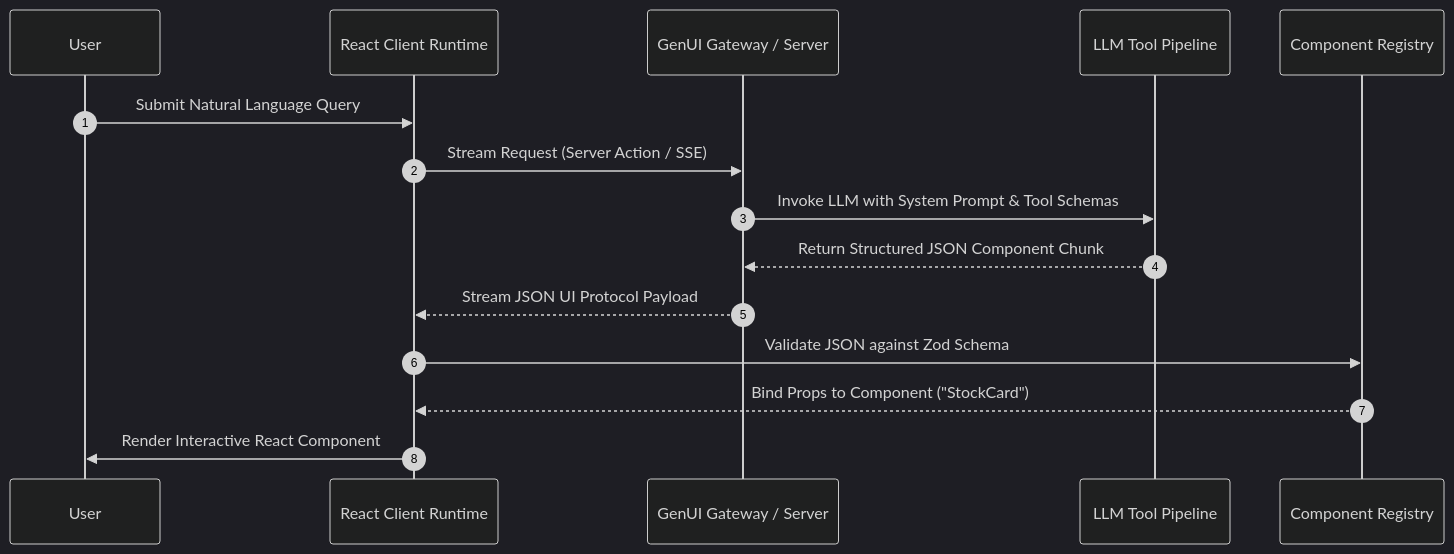
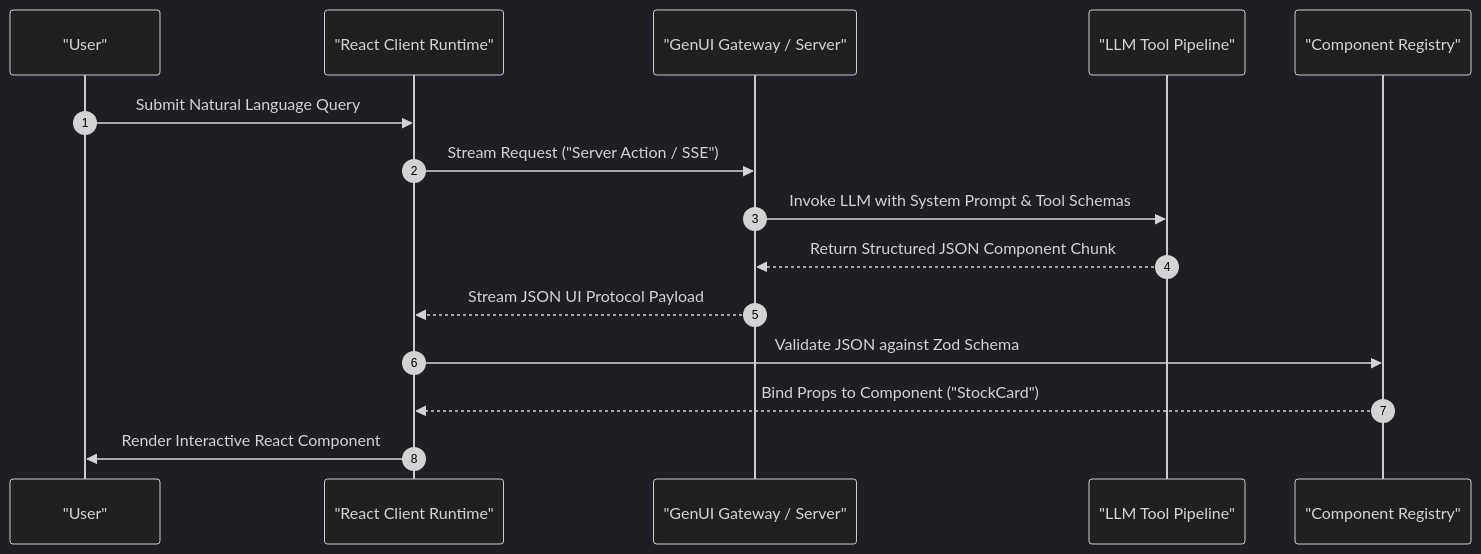
The second of 3 diagrams in content/series/generative-ui-architecture/part-1-beyond-chatbots.md (vesviet/vesviet), drawn with Mermaid (dark theme) before and after one commit. The commit also changed other lines of this file and 331 other files, not shown here.

````diff
--- a/content/series/generative-ui-architecture/part-1-beyond-chatbots.md
+++ b/content/series/generative-ui-architecture/part-1-beyond-chatbots.md
@@ -64,18 +65,18 @@
 ```mermaid
 sequenceDiagram
     autonumber
-    participant U as User
-    participant C as React Client Runtime
-    participant S as GenUI Gateway / Server
-    participant L as LLM Tool Pipeline
-    participant R as Component Registry
+    participant U as "User"
+    participant C as "React Client Runtime"
+    participant S as "GenUI Gateway / Server"
+    participant L as "LLM Tool Pipeline"
+    participant R as "Component Registry"
 
     U->>C: Submit Natural Language Query
-    C->>S: Stream Request (Server Action / SSE)
+    C->>S: Stream Request ("Server Action / SSE")
     S->>L: Invoke LLM with System Prompt & Tool Schemas
     L-->>S: Return Structured JSON Component Chunk
     S-->>C: Stream JSON UI Protocol Payload
     C->>R: Validate JSON against Zod Schema
     R-->>C: Bind Props to Component ("StockCard")
     C->>U: Render Interactive React Component
 ```
````
